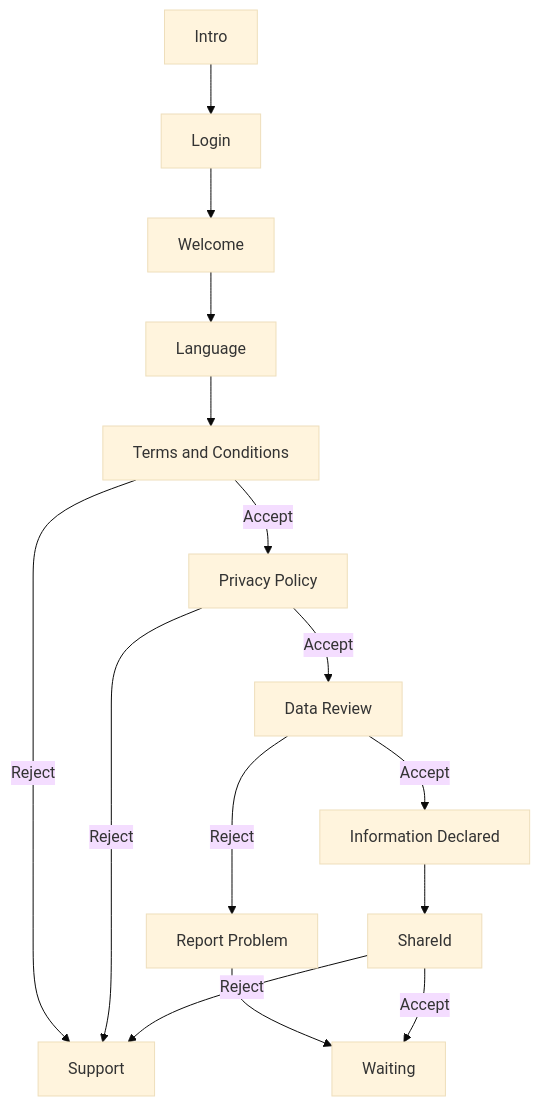
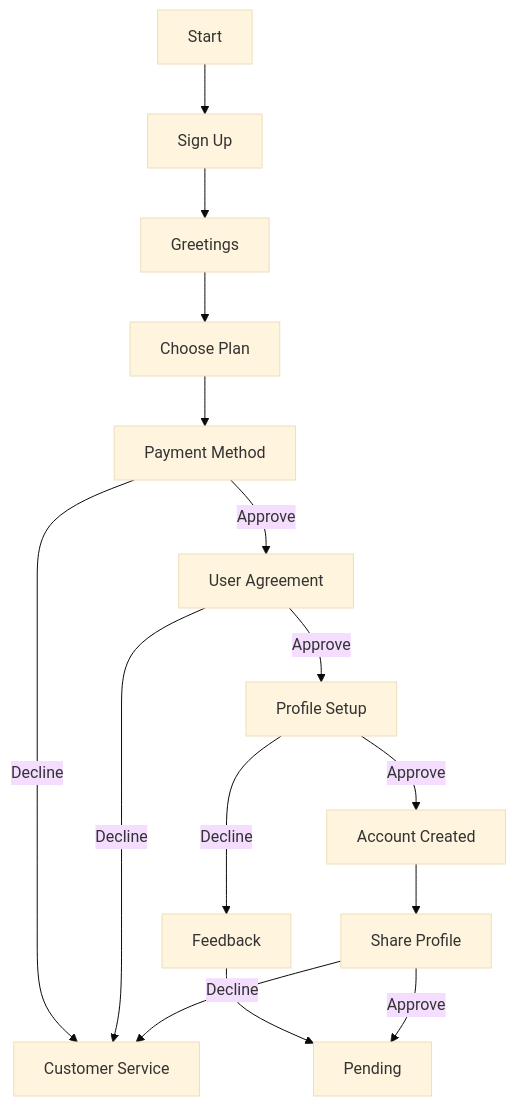
The diagram in docs/digrams/onboarding-flow.md (frontChapter/how-to-write-a-good-document), drawn with Mermaid (base theme) before and after one commit. The commit also changed 3 other files, not shown here.

````diff
--- a/docs/digrams/onboarding-flow.md
+++ b/docs/digrams/onboarding-flow.md
@@ -1,17 +1,17 @@
 ```mermaid
 graph TD
-    A[Intro] --> B[Login]
-    B --> C[Welcome]
-    C --> D[Language]
-    D --> E[Terms and Conditions]
-    E -->|Reject| J[Support]
-    E -->|Accept| F[Privacy Policy]
-    F -->|Reject| J
-    F -->|Accept| G[Data Review]
-    G -->|Reject| H[Report Problem]
-    H --> K[Waiting]
-    G -->|Accept| I[Information Declared]
-    I --> L[ShareId]
-    L -->|Reject| J
-    L -->|Accept| K
+    A[Start] --> B[Sign Up]
+    B --> C[Greetings]
+    C --> D[Choose Plan]
+    D --> E[Payment Method]
+    E -->|Decline| J[Customer Service]
+    E -->|Approve| F[User Agreement]
+    F -->|Decline| J
+    F -->|Approve| G[Profile Setup]
+    G -->|Decline| H[Feedback]
+    H --> K[Pending]
+    G -->|Approve| I[Account Created]
+    I --> L[Share Profile]
+    L -->|Decline| J
+    L -->|Approve| K
 ```
````
